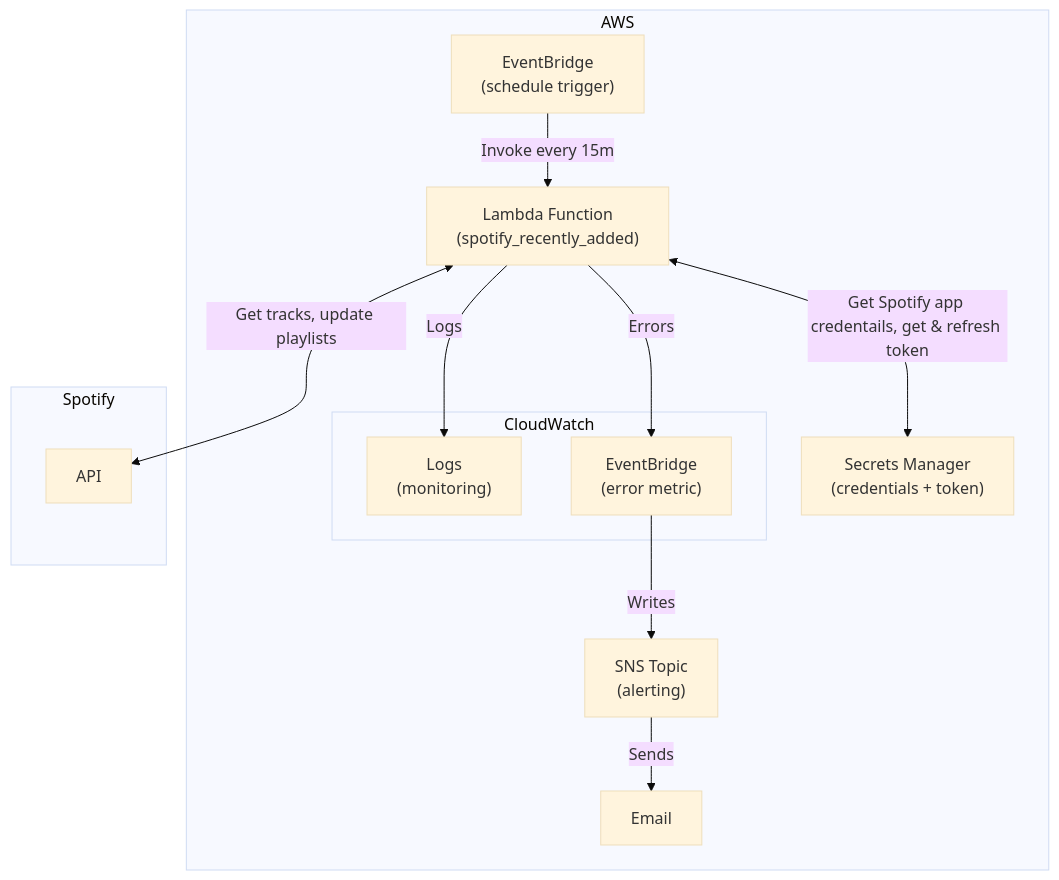
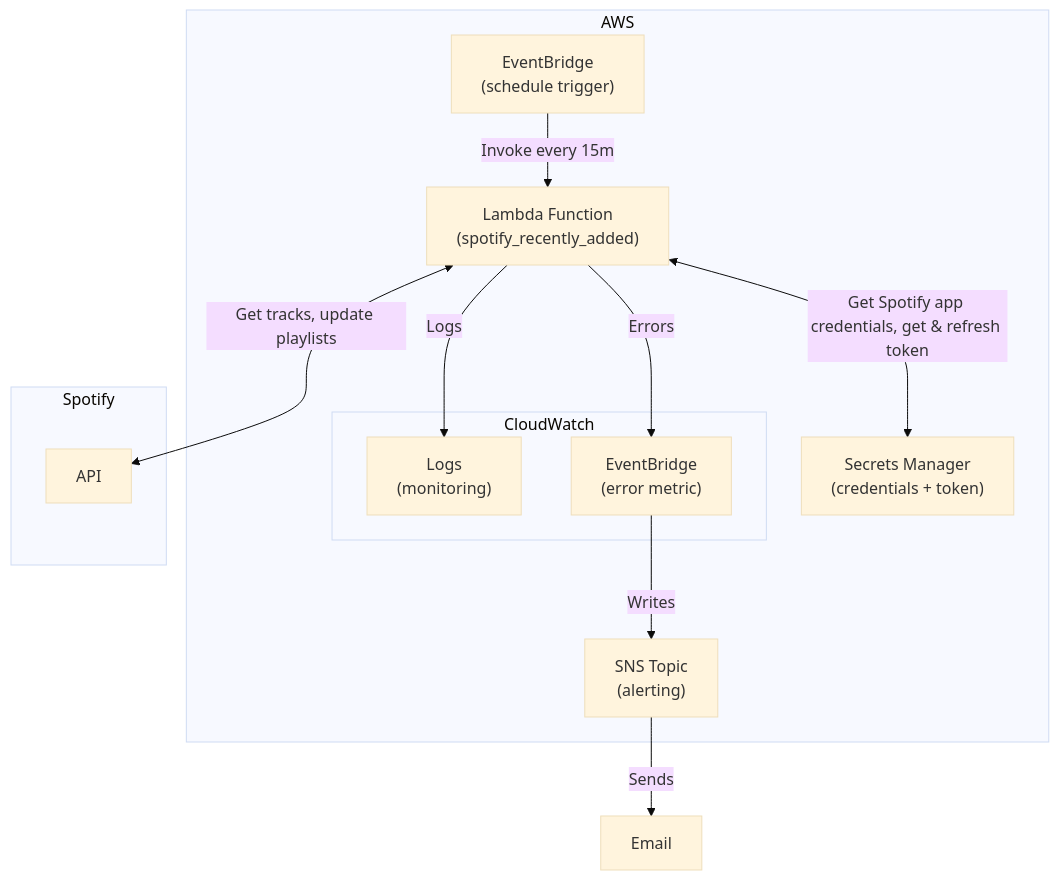
Before and after one commit to noahlschneider/spotify_recently_added: the diagram in README.md, drawn with Mermaid (base theme). The commit also changed other lines of this file, not shown here.

````diff
--- a/README.md
+++ b/README.md
@@ -28,24 +28,25 @@
 ```mermaid
 flowchart TD
     subgraph AWS["AWS"]
         EB["EventBridge<br/>(schedule trigger)"]
         L["Lambda Function<br/>(spotify_recently_added)"]
         SM["Secrets Manager<br/>(credentials + token)"]
         subgraph CloudWatch
           CWL["Logs<br/>(monitoring)"]
           CWE["EventBridge<br/>(error metric)"]
         end
         SNS["SNS Topic<br/>(alerting)"]
-        E["Email"]
     end
 
     subgraph SPOTIFY["Spotify"]
         API
     end
 
+    E["Email"]
+
     EB -->|Invoke every 15m| L
-    L <-->|Get Spotify app credentails, get & refresh token| SM
+    L <-->|Get Spotify app credentials, get & refresh token| SM
     L <-->|Get tracks, update playlists| API
     L -->|Logs| CWL
     L -->|Errors| CWE -->|Writes| SNS --> |Sends| E
 ```
````
